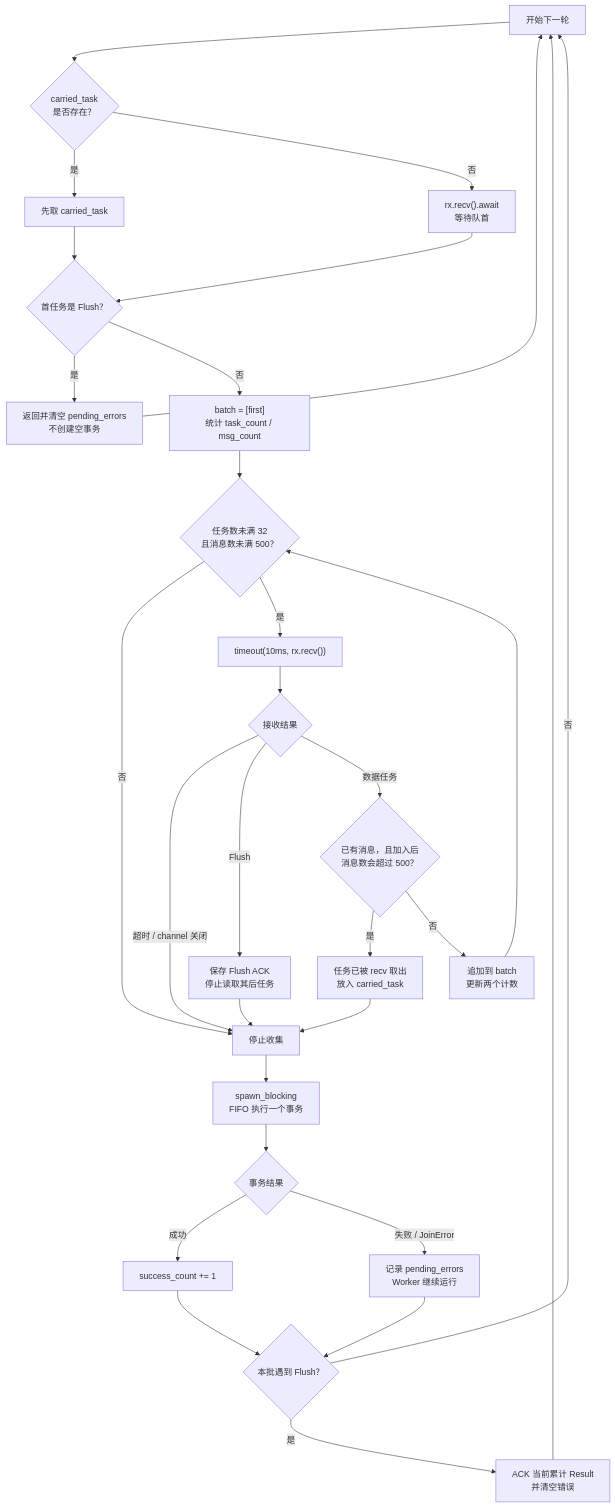
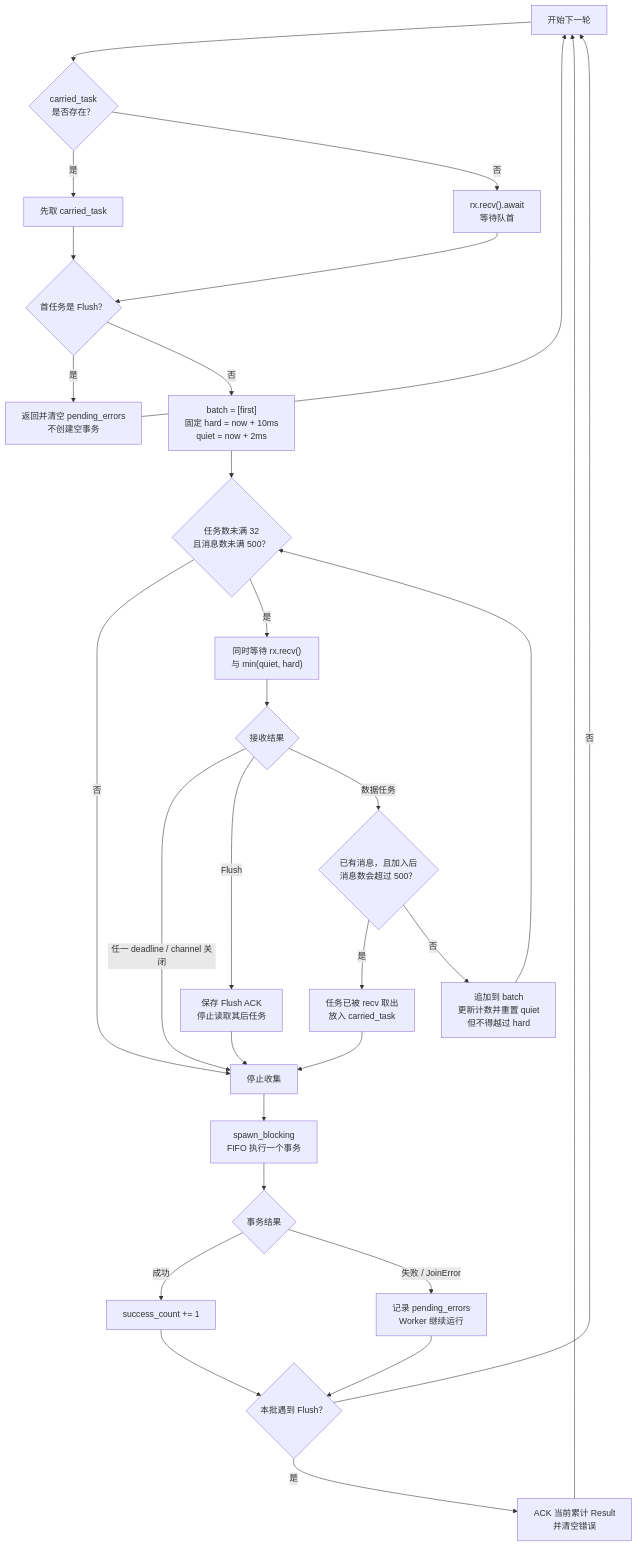
The second of 8 diagrams in docs/modules/14_Persistence领域总览.md (MRiecy/VCPMobile), drawn with Mermaid before and after one commit. The commit also changed other lines of this file and 3 other files, not shown here.

````diff
--- a/docs/modules/14_Persistence领域总览.md
+++ b/docs/modules/14_Persistence领域总览.md
@@ -373,37 +373,37 @@
 ```mermaid
 flowchart TD
     A["开始下一轮"] --> B{"carried_task<br/>是否存在？"}
     B -- "是" --> C["先取 carried_task"]
     B -- "否" --> D["rx.recv().await<br/>等待队首"]
     C --> E{"首任务是 Flush？"}
     D --> E
 
     E -- "是" --> F["返回并清空 pending_errors<br/>不创建空事务"]
     F --> A
-    E -- "否" --> G["batch = [first]<br/>统计 task_count / msg_count"]
+    E -- "否" --> G["batch = [first]<br/>固定 hard = now + 10ms<br/>quiet = now + 2ms"]
 
     G --> H{"任务数未满 32<br/>且消息数未满 500？"}
     H -- "否" --> N["停止收集"]
-    H -- "是" --> I["timeout(10ms, rx.recv())"]
+    H -- "是" --> I["同时等待 rx.recv()<br/>与 min(quiet, hard)"]
 
     I --> J{"接收结果"}
-    J -- "超时 / channel 关闭" --> N
+    J -- "任一 deadline / channel 关闭" --> N
     J -- "Flush" --> K["保存 Flush ACK<br/>停止读取其后任务"]
     K --> N
     J -- "数据任务" --> L{"已有消息，且加入后<br/>消息数会超过 500？"}
 
     L -- "是" --> M["任务已被 recv 取出<br/>放入 carried_task"]
     M --> N
-    L -- "否" --> O["追加到 batch<br/>更新两个计数"]
+    L -- "否" --> O["追加到 batch<br/>更新计数并重置 quiet<br/>但不得越过 hard"]
     O --> H
 
     N --> P["spawn_blocking<br/>FIFO 执行一个事务"]
     P --> Q{"事务结果"}
     Q -- "成功" --> R["success_count += 1"]
     Q -- "失败 / JoinError" --> S["记录 pending_errors<br/>Worker 继续运行"]
     R --> T{"本批遇到 Flush？"}
     S --> T
     T -- "是" --> U["ACK 当前累计 Result<br/>并清空错误"]
     T -- "否" --> A
     U --> A
 ```
````
